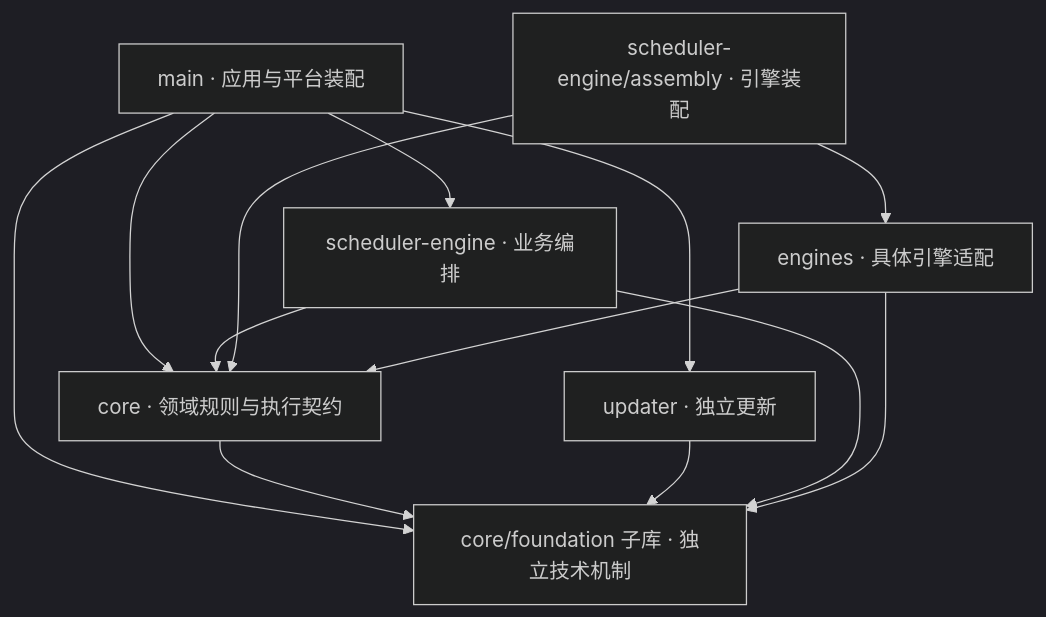
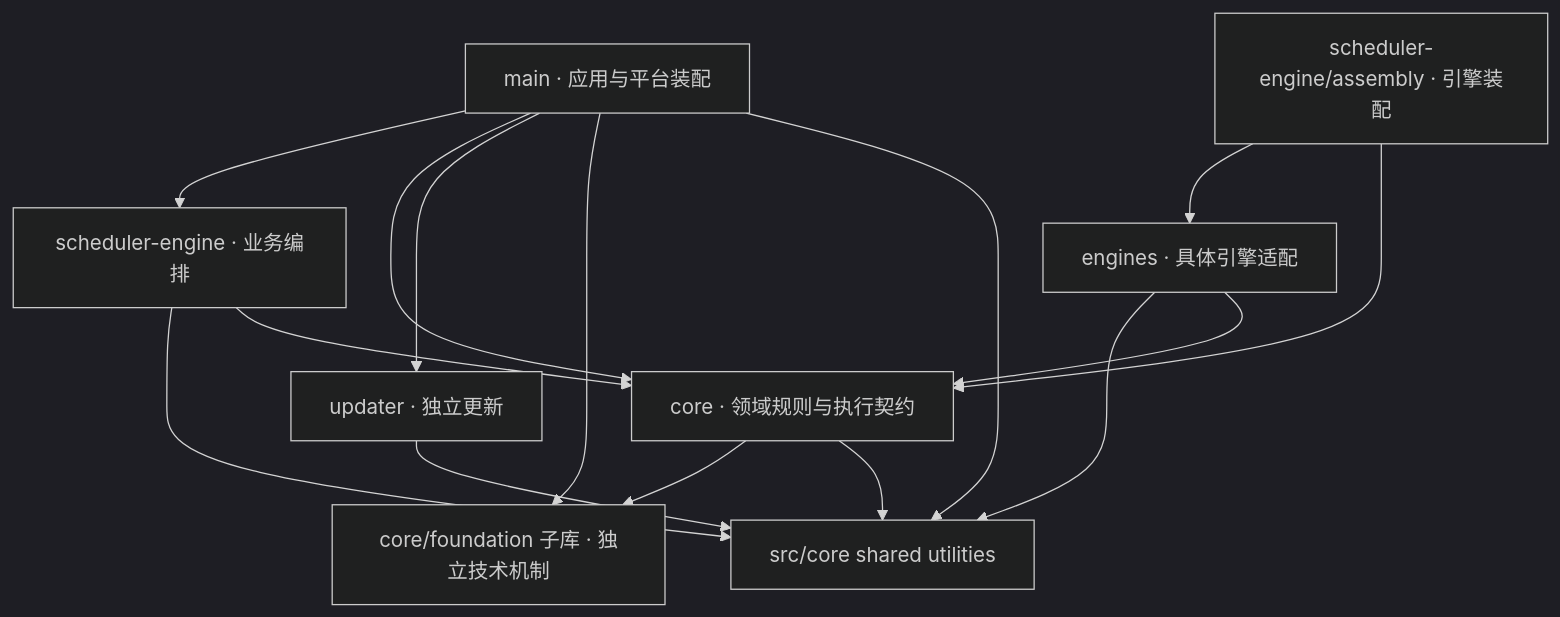
Before and after one commit to nan023062/cbim: the diagram in src/backend/CONTRACT.md, drawn with Mermaid (dark theme). The commit also changed other lines of this file and 124 other files, not shown here.

Commit message:
refactor(core): establish shared core and four-layer boundaries

````diff
--- a/src/backend/CONTRACT.md
+++ b/src/backend/CONTRACT.md
@@ -5,15 +5,17 @@
 ```mermaid
 flowchart TB
   Main[main · 应用与平台装配] --> Scheduler[scheduler-engine · 业务编排]
   Main --> Core[core · 领域规则与执行契约]
   Main --> Updater[updater · 独立更新]
   Main --> Foundations[core/foundation 子库 · 独立技术机制]
   Core --> Foundations
-  Updater --> Foundations
+  Main --> Shared[src/core shared utilities]
+  Core --> Shared
+  Engines --> Shared
+  Scheduler --> Shared
+  Updater --> Shared
   Scheduler --> Core
-  Scheduler --> Foundations
   Assembly[scheduler-engine/assembly · 引擎装配] --> Engines[engines · 具体引擎适配]
   Assembly --> Core
   Engines --> Core
-  Engines --> Foundations
 ```
````
